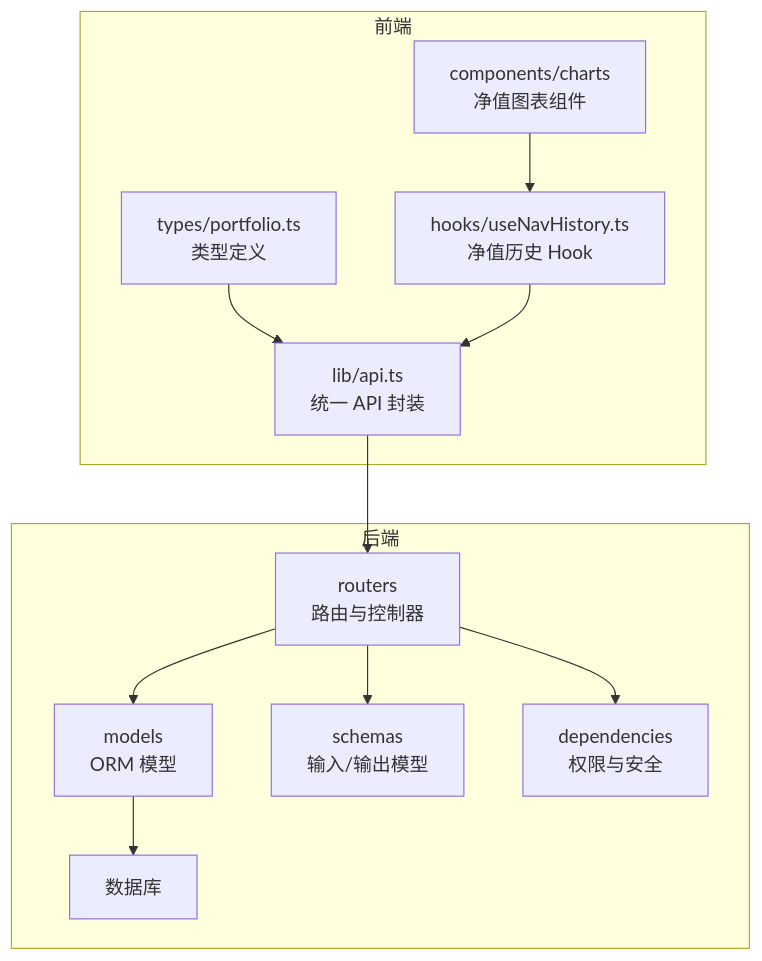
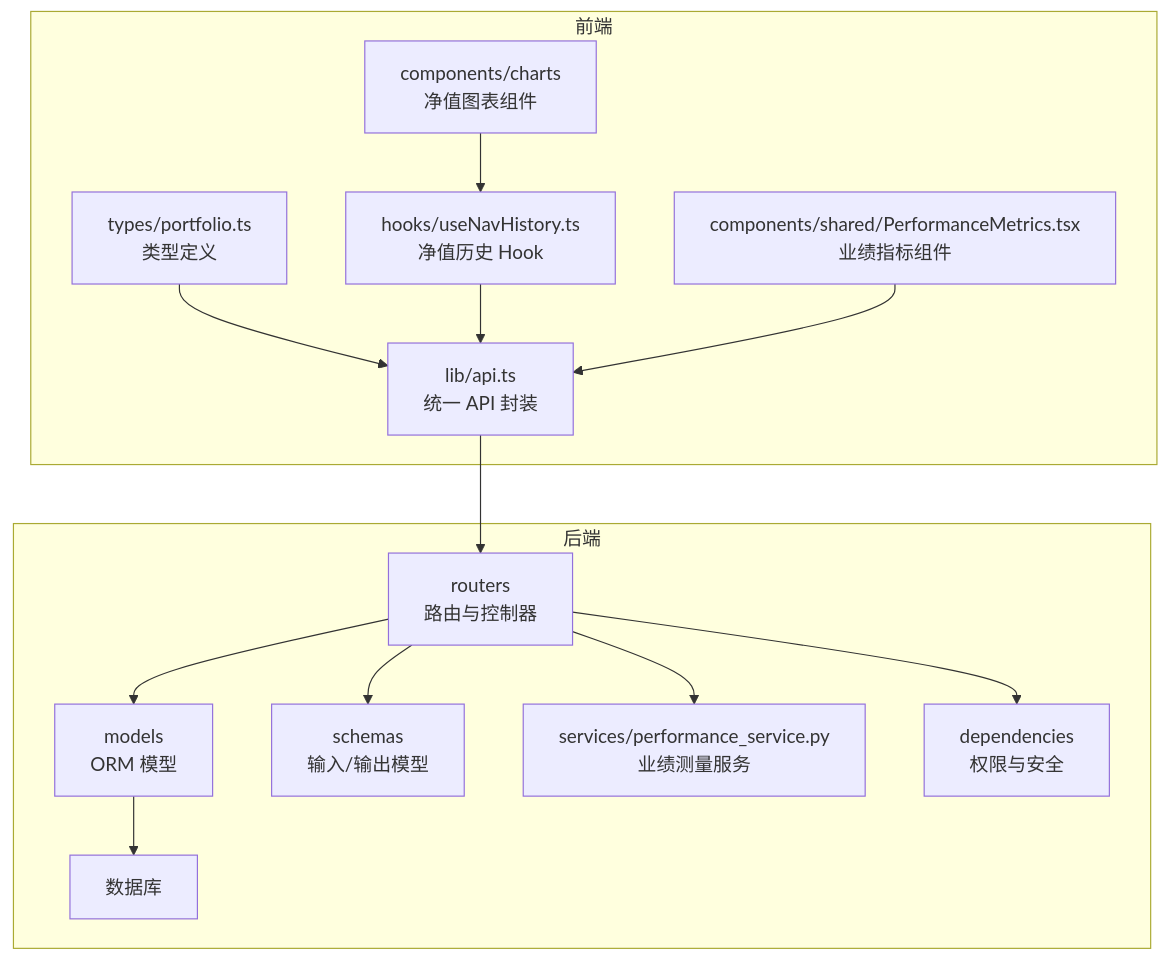
One commit to gujialind/InvestRing changed the first of 11 diagrams in .qoder/repowiki/zh/content/核心业务功能/投资组合管理.md. Above: the diagram before and after it, drawn with Mermaid. The commit also changed other lines of this file and 4 other files, not shown here.

````diff
--- a/.qoder/repowiki/zh/content/核心业务功能/投资组合管理.md
+++ b/.qoder/repowiki/zh/content/核心业务功能/投资组合管理.md
@@ -53,24 +55,28 @@
 ```mermaid
 graph TB
 subgraph "后端"
 M["models<br/>ORM 模型"]
 S["schemas<br/>输入/输出模型"]
 R["routers<br/>路由与控制器"]
+P["services/performance_service.py<br/>业绩测量服务"]
 D["dependencies<br/>权限与安全"]
 DB["数据库"]
 end
 subgraph "前端"
 FE_API["lib/api.ts<br/>统一 API 封装"]
 FE_TYPES["types/portfolio.ts<br/>类型定义"]
 FE_HOOKS["hooks/useNavHistory.ts<br/>净值历史 Hook"]
 FE_CHARTS["components/charts<br/>净值图表组件"]
+FE_PERF["components/shared/PerformanceMetrics.tsx<br/>业绩指标组件"]
 end
 FE_API --> R
 R --> M
 R --> S
+R --> P
 R --> D
 M --> DB
 FE_TYPES --> FE_API
 FE_HOOKS --> FE_API
 FE_CHARTS --> FE_HOOKS
+FE_PERF --> FE_API
 ```
````
